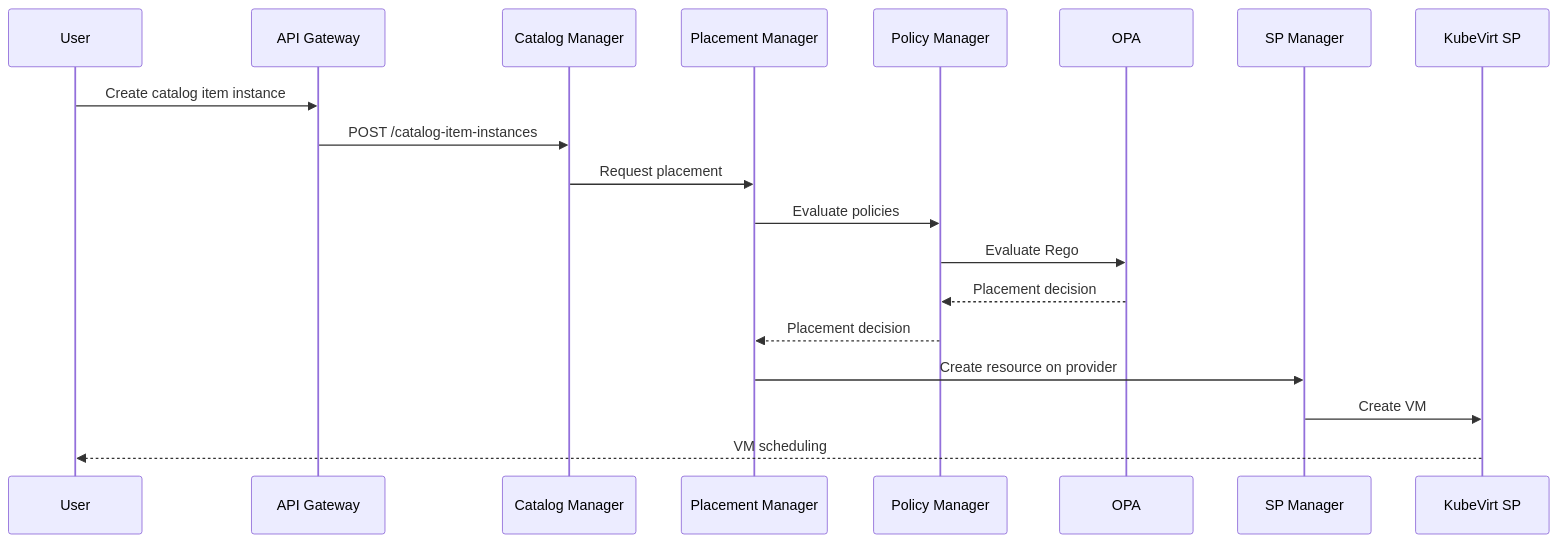
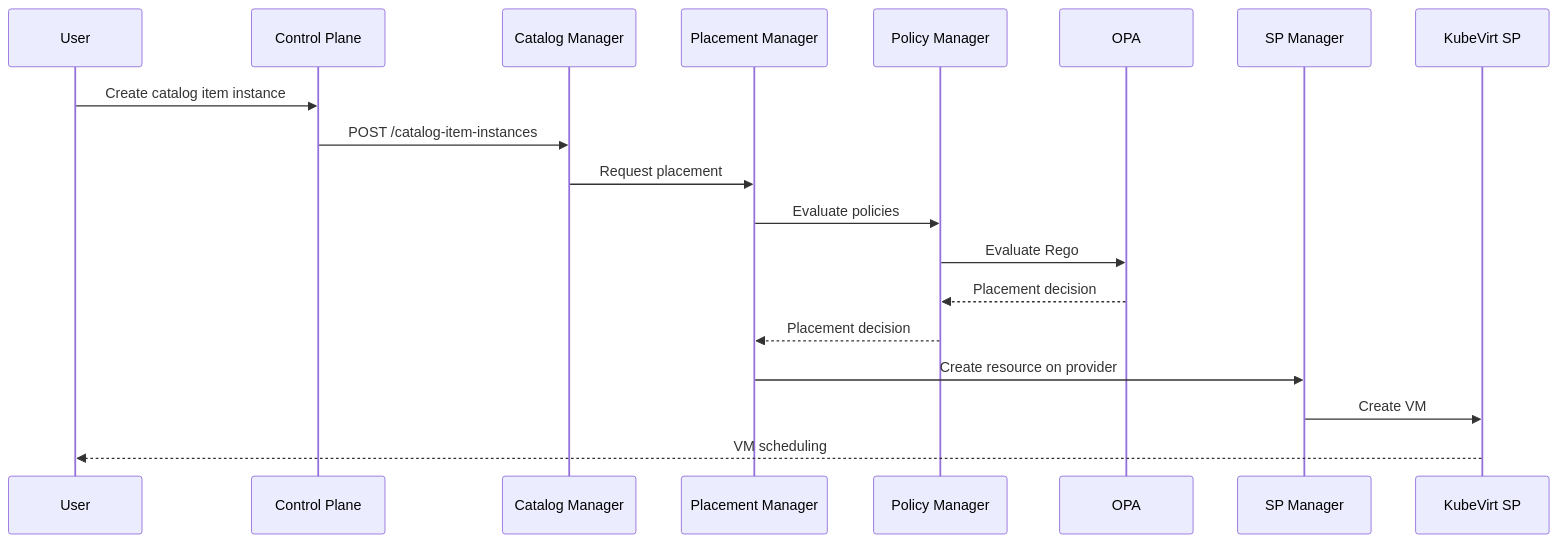
The second of 2 diagrams in content/docs/getting-started/architecture.md (dcm-project/dcm-project.github.io), drawn with Mermaid before and after one commit. The commit also changed other lines of this file and 7 other files, not shown here.

First line of the commit message:
Update docs site for control-plane monolith

````diff
--- a/content/docs/getting-started/architecture.md
+++ b/content/docs/getting-started/architecture.md
@@ -74,22 +67,22 @@
 ```mermaid
 sequenceDiagram
     participant User
-    participant GW as API Gateway
+    participant CP as Control Plane
     participant CM as Catalog Manager
     participant PLM as Placement Manager
     participant PM as Policy Manager
     participant OPA
     participant SPM as SP Manager
     participant SP as KubeVirt SP
 
-    User->>GW: Create catalog item instance
-    GW->>CM: POST /catalog-item-instances
+    User->>CP: Create catalog item instance
+    CP->>CM: POST /catalog-item-instances
     CM->>PLM: Request placement
     PLM->>PM: Evaluate policies
     PM->>OPA: Evaluate Rego
     OPA-->>PM: Placement decision
     PM-->>PLM: Placement decision
     PLM->>SPM: Create resource on provider
     SPM->>SP: Create VM
     SP-->>User: VM scheduling
 ```
````
